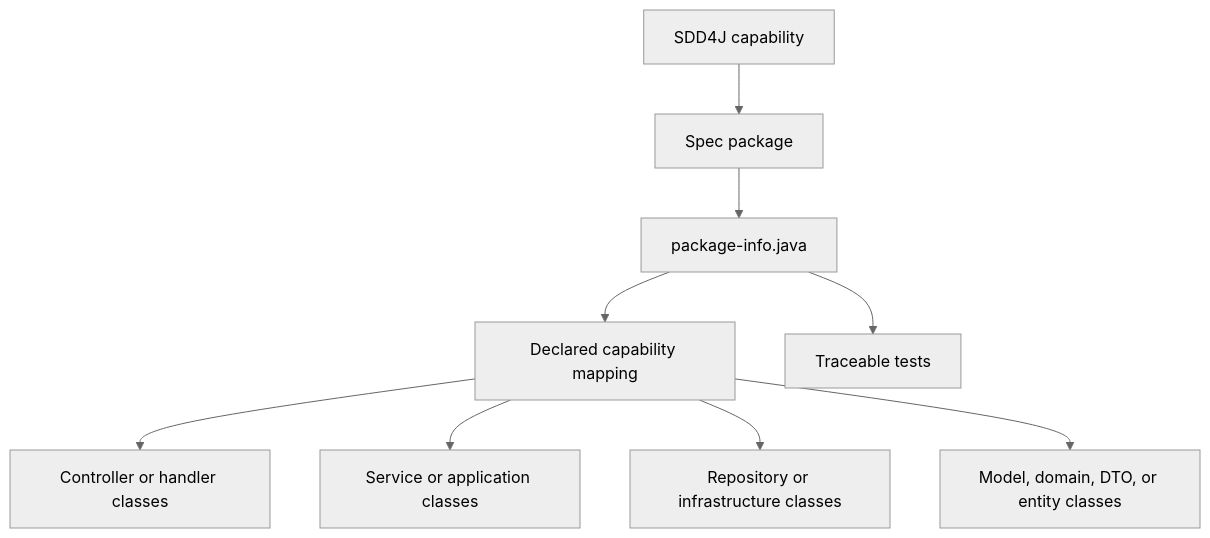
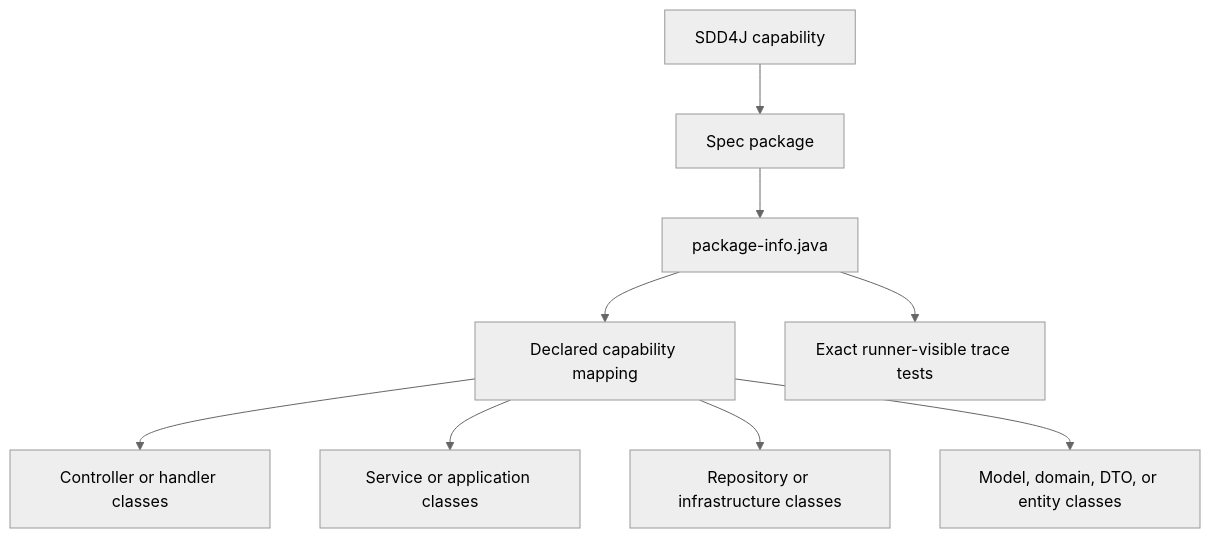
One commit to dearrudam/agent-skills-01 changed the first of 2 diagrams in skills/sdd4j-package-by-layer/README.md. Above: the diagram before and after it, drawn with Mermaid (neutral theme). The commit also changed other lines of this file and 1 other file, not shown here.

````diff
--- a/skills/sdd4j-package-by-layer/README.md
+++ b/skills/sdd4j-package-by-layer/README.md
@@ -11,11 +13,11 @@
 ```mermaid
 flowchart TD
   A[SDD4J capability] --> B[Spec package]
   B --> C[package-info.java]
   C --> D[Declared capability mapping]
   D --> E[Controller or handler classes]
   D --> F[Service or application classes]
   D --> G[Repository or infrastructure classes]
   D --> H[Model, domain, DTO, or entity classes]
-  C --> I[Traceable tests]
+  C --> I[Exact runner-visible trace tests]
 ```
````
